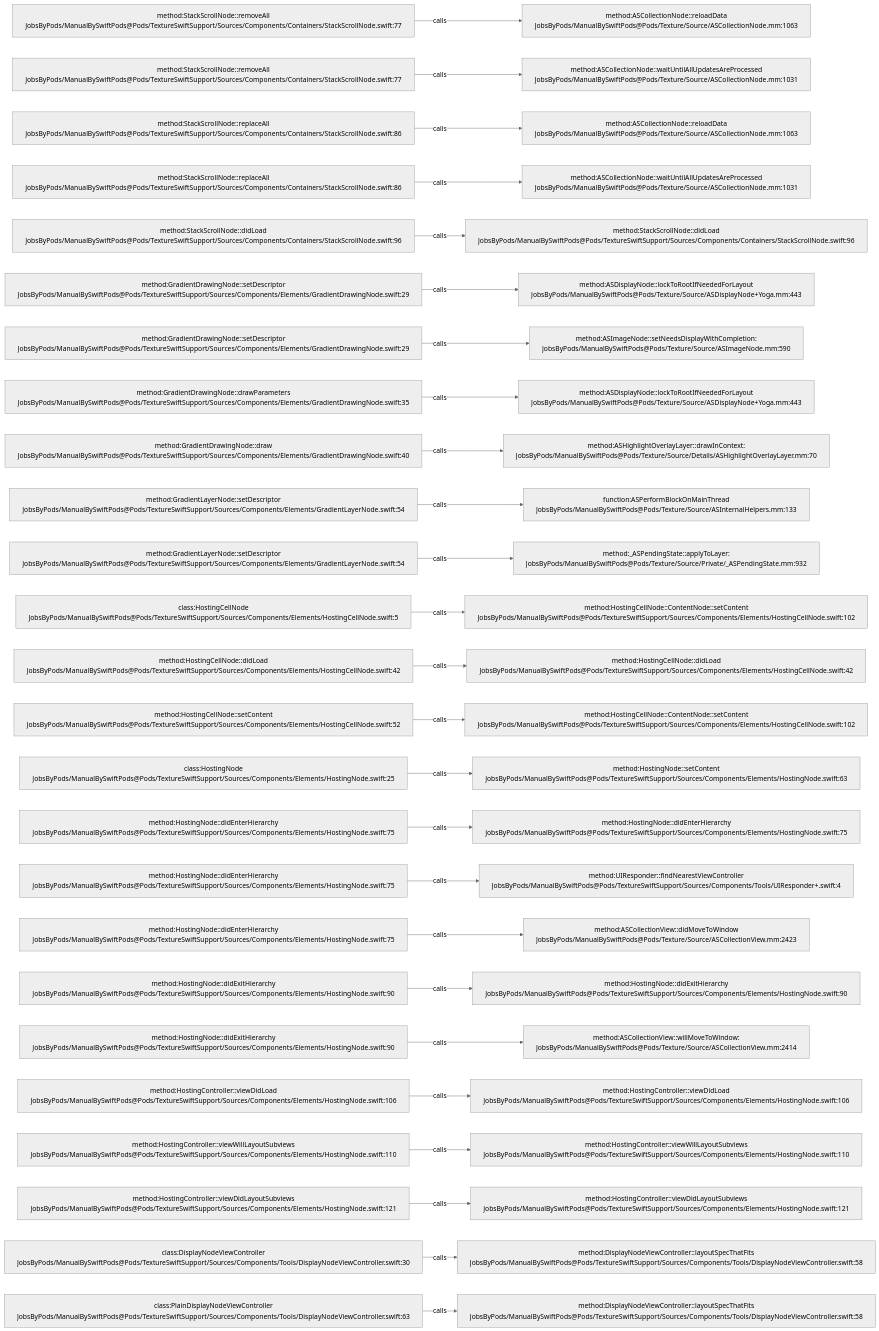
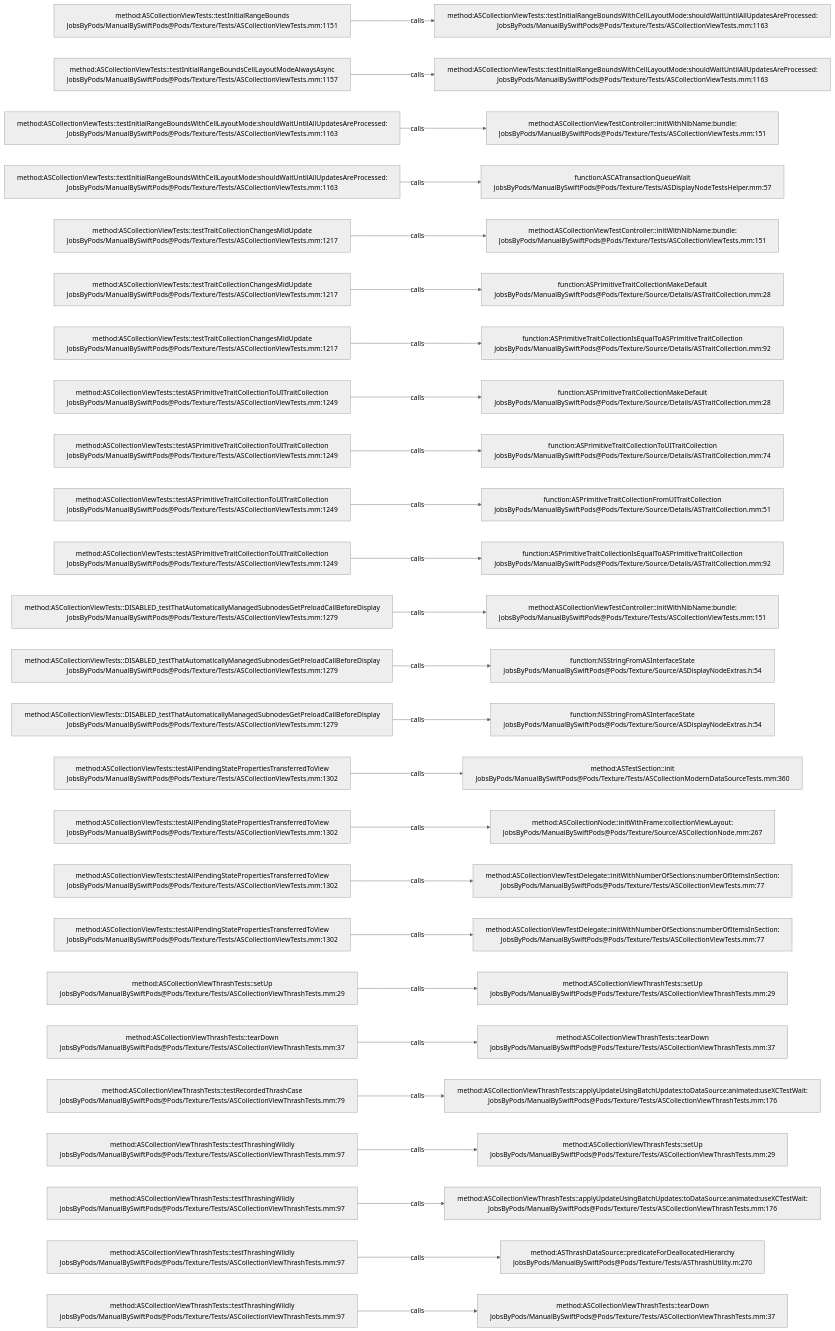
Before and after one commit to JobsKits/JobsSwiftBaseConfigDemo: the diagram in .codegraph/codegraph.md/graphs/calls-174.md, drawn with Mermaid (neutral theme). The commit also changed 832 other files, not shown here.

````diff
--- a/.codegraph/codegraph.md/graphs/calls-174.md
+++ b/.codegraph/codegraph.md/graphs/calls-174.md
@@ -13,78 +13,78 @@
 ```mermaid
 flowchart LR
-  S1["method:StackScrollNode::removeAll<br/>JobsByPods/ManualBySwiftPods@Pods/TextureSwiftSupport/Sources/Components/Containers/StackScrollNode.swift:77"]
-  T1["method:ASCollectionNode::reloadData<br/>JobsByPods/ManualBySwiftPods@Pods/Texture/Source/ASCollectionNode.mm:1063"]
+  S1["method:ASCollectionViewTests::testInitialRangeBounds<br/>JobsByPods/ManualBySwiftPods@Pods/Texture/Tests/ASCollectionViewTests.mm:1151"]
+  T1["method:ASCollectionViewTests::testInitialRangeBoundsWithCellLayoutMode:shouldWaitUntilAllUpdatesAreProcessed:<br/>JobsByPods/ManualBySwiftPods@Pods/Texture/Tests/ASCollectionViewTests.mm:1163"]
   S1 -->|calls| T1
-  S2["method:StackScrollNode::removeAll<br/>JobsByPods/ManualBySwiftPods@Pods/TextureSwiftSupport/Sources/Components/Containers/StackScrollNode.swift:77"]
-  T2["method:ASCollectionNode::waitUntilAllUpdatesAreProcessed<br/>JobsByPods/ManualBySwiftPods@Pods/Texture/Source/ASCollectionNode.mm:1031"]
+  S2["method:ASCollectionViewTests::testInitialRangeBoundsCellLayoutModeAlwaysAsync<br/>JobsByPods/ManualBySwiftPods@Pods/Texture/Tests/ASCollectionViewTests.mm:1157"]
+  T2["method:ASCollectionViewTests::testInitialRangeBoundsWithCellLayoutMode:shouldWaitUntilAllUpdatesAreProcessed:<br/>JobsByPods/ManualBySwiftPods@Pods/Texture/Tests/ASCollectionViewTests.mm:1163"]
   S2 -->|calls| T2
-  S3["method:StackScrollNode::replaceAll<br/>JobsByPods/ManualBySwiftPods@Pods/TextureSwiftSupport/Sources/Components/Containers/StackScrollNode.swift:86"]
-  T3["method:ASCollectionNode::reloadData<br/>JobsByPods/ManualBySwiftPods@Pods/Texture/Source/ASCollectionNode.mm:1063"]
+  S3["method:ASCollectionViewTests::testInitialRangeBoundsWithCellLayoutMode:shouldWaitUntilAllUpdatesAreProcessed:<br/>JobsByPods/ManualBySwiftPods@Pods/Texture/Tests/ASCollectionViewTests.mm:1163"]
+  T3["method:ASCollectionViewTestController::initWithNibName:bundle:<br/>JobsByPods/ManualBySwiftPods@Pods/Texture/Tests/ASCollectionViewTests.mm:151"]
   S3 -->|calls| T3
-  S4["method:StackScrollNode::replaceAll<br/>JobsByPods/ManualBySwiftPods@Pods/TextureSwiftSupport/Sources/Components/Containers/StackScrollNode.swift:86"]
-  T4["method:ASCollectionNode::waitUntilAllUpdatesAreProcessed<br/>JobsByPods/ManualBySwiftPods@Pods/Texture/Source/ASCollectionNode.mm:1031"]
+  S4["method:ASCollectionViewTests::testInitialRangeBoundsWithCellLayoutMode:shouldWaitUntilAllUpdatesAreProcessed:<br/>JobsByPods/ManualBySwiftPods@Pods/Texture/Tests/ASCollectionViewTests.mm:1163"]
+  T4["function:ASCATransactionQueueWait<br/>JobsByPods/ManualBySwiftPods@Pods/Texture/Tests/ASDisplayNodeTestsHelper.mm:57"]
   S4 -->|calls| T4
-  S5["method:StackScrollNode::didLoad<br/>JobsByPods/ManualBySwiftPods@Pods/TextureSwiftSupport/Sources/Components/Containers/StackScrollNode.swift:96"]
-  T5["method:StackScrollNode::didLoad<br/>JobsByPods/ManualBySwiftPods@Pods/TextureSwiftSupport/Sources/Components/Containers/StackScrollNode.swift:96"]
+  S5["method:ASCollectionViewTests::testTraitCollectionChangesMidUpdate<br/>JobsByPods/ManualBySwiftPods@Pods/Texture/Tests/ASCollectionViewTests.mm:1217"]
+  T5["method:ASCollectionViewTestController::initWithNibName:bundle:<br/>JobsByPods/ManualBySwiftPods@Pods/Texture/Tests/ASCollectionViewTests.mm:151"]
   S5 -->|calls| T5
-  S6["method:GradientDrawingNode::setDescriptor<br/>JobsByPods/ManualBySwiftPods@Pods/TextureSwiftSupport/Sources/Components/Elements/GradientDrawingNode.swift:29"]
-  T6["method:ASDisplayNode::lockToRootIfNeededForLayout<br/>JobsByPods/ManualBySwiftPods@Pods/Texture/Source/ASDisplayNode+Yoga.mm:443"]
+  S6["method:ASCollectionViewTests::testTraitCollectionChangesMidUpdate<br/>JobsByPods/ManualBySwiftPods@Pods/Texture/Tests/ASCollectionViewTests.mm:1217"]
+  T6["function:ASPrimitiveTraitCollectionMakeDefault<br/>JobsByPods/ManualBySwiftPods@Pods/Texture/Source/Details/ASTraitCollection.mm:28"]
   S6 -->|calls| T6
-  S7["method:GradientDrawingNode::setDescriptor<br/>JobsByPods/ManualBySwiftPods@Pods/TextureSwiftSupport/Sources/Components/Elements/GradientDrawingNode.swift:29"]
-  T7["method:ASImageNode::setNeedsDisplayWithCompletion:<br/>JobsByPods/ManualBySwiftPods@Pods/Texture/Source/ASImageNode.mm:590"]
+  S7["method:ASCollectionViewTests::testTraitCollectionChangesMidUpdate<br/>JobsByPods/ManualBySwiftPods@Pods/Texture/Tests/ASCollectionViewTests.mm:1217"]
+  T7["function:ASPrimitiveTraitCollectionIsEqualToASPrimitiveTraitCollection<br/>JobsByPods/ManualBySwiftPods@Pods/Texture/Source/Details/ASTraitCollection.mm:92"]
   S7 -->|calls| T7
-  S8["method:GradientDrawingNode::drawParameters<br/>JobsByPods/ManualBySwiftPods@Pods/TextureSwiftSupport/Sources/Components/Elements/GradientDrawingNode.swift:35"]
-  T8["method:ASDisplayNode::lockToRootIfNeededForLayout<br/>JobsByPods/ManualBySwiftPods@Pods/Texture/Source/ASDisplayNode+Yoga.mm:443"]
+  S8["method:ASCollectionViewTests::testASPrimitiveTraitCollectionToUITraitCollection<br/>JobsByPods/ManualBySwiftPods@Pods/Texture/Tests/ASCollectionViewTests.mm:1249"]
+  T8["function:ASPrimitiveTraitCollectionMakeDefault<br/>JobsByPods/ManualBySwiftPods@Pods/Texture/Source/Details/ASTraitCollection.mm:28"]
   S8 -->|calls| T8
-  S9["method:GradientDrawingNode::draw<br/>JobsByPods/ManualBySwiftPods@Pods/TextureSwiftSupport/Sources/Components/Elements/GradientDrawingNode.swift:40"]
-  T9["method:ASHighlightOverlayLayer::drawInContext:<br/>JobsByPods/ManualBySwiftPods@Pods/Texture/Source/Details/ASHighlightOverlayLayer.mm:70"]
+  S9["method:ASCollectionViewTests::testASPrimitiveTraitCollectionToUITraitCollection<br/>JobsByPods/ManualBySwiftPods@Pods/Texture/Tests/ASCollectionViewTests.mm:1249"]
+  T9["function:ASPrimitiveTraitCollectionToUITraitCollection<br/>JobsByPods/ManualBySwiftPods@Pods/Texture/Source/Details/ASTraitCollection.mm:74"]
   S9 -->|calls| T9
-  S10["method:GradientLayerNode::setDescriptor<br/>JobsByPods/ManualBySwiftPods@Pods/TextureSwiftSupport/Sources/Components/Elements/GradientLayerNode.swift:54"]
-  T10["function:ASPerformBlockOnMainThread<br/>JobsByPods/ManualBySwiftPods@Pods/Texture/Source/ASInternalHelpers.mm:133"]
+  S10["method:ASCollectionViewTests::testASPrimitiveTraitCollectionToUITraitCollection<br/>JobsByPods/ManualBySwiftPods@Pods/Texture/Tests/ASCollectionViewTests.mm:1249"]
+  T10["function:ASPrimitiveTraitCollectionFromUITraitCollection<br/>JobsByPods/ManualBySwiftPods@Pods/Texture/Source/Details/ASTraitCollection.mm:51"]
   S10 -->|calls| T10
-  S11["method:GradientLayerNode::setDescriptor<br/>JobsByPods/ManualBySwiftPods@Pods/TextureSwiftSupport/Sources/Components/Elements/GradientLayerNode.swift:54"]
-  T11["method:_ASPendingState::applyToLayer:<br/>JobsByPods/ManualBySwiftPods@Pods/Texture/Source/Private/_ASPendingState.mm:932"]
+  S11["method:ASCollectionViewTests::testASPrimitiveTraitCollectionToUITraitCollection<br/>JobsByPods/ManualBySwiftPods@Pods/Texture/Tests/ASCollectionViewTests.mm:1249"]
+  T11["function:ASPrimitiveTraitCollectionIsEqualToASPrimitiveTraitCollection<br/>JobsByPods/ManualBySwiftPods@Pods/Texture/Source/Details/ASTraitCollection.mm:92"]
   S11 -->|calls| T11
-  S12["class:HostingCellNode<br/>JobsByPods/ManualBySwiftPods@Pods/TextureSwiftSupport/Sources/Components/Elements/HostingCellNode.swift:5"]
-  T12["method:HostingCellNode::ContentNode::setContent<br/>JobsByPods/ManualBySwiftPods@Pods/TextureSwiftSupport/Sources/Components/Elements/HostingCellNode.swift:102"]
+  S12["method:ASCollectionViewTests::DISABLED_testThatAutomaticallyManagedSubnodesGetPreloadCallBeforeDisplay<br/>JobsByPods/ManualBySwiftPods@Pods/Texture/Tests/ASCollectionViewTests.mm:1279"]
+  T12["method:ASCollectionViewTestController::initWithNibName:bundle:<br/>JobsByPods/ManualBySwiftPods@Pods/Texture/Tests/ASCollectionViewTests.mm:151"]
   S12 -->|calls| T12
-  S13["method:HostingCellNode::didLoad<br/>JobsByPods/ManualBySwiftPods@Pods/TextureSwiftSupport/Sources/Components/Elements/HostingCellNode.swift:42"]
-  T13["method:HostingCellNode::didLoad<br/>JobsByPods/ManualBySwiftPods@Pods/TextureSwiftSupport/Sources/Components/Elements/HostingCellNode.swift:42"]
+  S13["method:ASCollectionViewTests::DISABLED_testThatAutomaticallyManagedSubnodesGetPreloadCallBeforeDisplay<br/>JobsByPods/ManualBySwiftPods@Pods/Texture/Tests/ASCollectionViewTests.mm:1279"]
+  T13["function:NSStringFromASInterfaceState<br/>JobsByPods/ManualBySwiftPods@Pods/Texture/Source/ASDisplayNodeExtras.h:54"]
   S13 -->|calls| T13
-  S14["method:HostingCellNode::setContent<br/>JobsByPods/ManualBySwiftPods@Pods/TextureSwiftSupport/Sources/Components/Elements/HostingCellNode.swift:52"]
-  T14["method:HostingCellNode::ContentNode::setContent<br/>JobsByPods/ManualBySwiftPods@Pods/TextureSwiftSupport/Sources/Components/Elements/HostingCellNode.swift:102"]
+  S14["method:ASCollectionViewTests::DISABLED_testThatAutomaticallyManagedSubnodesGetPreloadCallBeforeDisplay<br/>JobsByPods/ManualBySwiftPods@Pods/Texture/Tests/ASCollectionViewTests.mm:1279"]
+  T14["function:NSStringFromASInterfaceState<br/>JobsByPods/ManualBySwiftPods@Pods/Texture/Source/ASDisplayNodeExtras.h:54"]
   S14 -->|calls| T14
-  S15["class:HostingNode<br/>JobsByPods/ManualBySwiftPods@Pods/TextureSwiftSupport/Sources/Components/Elements/HostingNode.swift:25"]
-  T15["method:HostingNode::setContent<br/>JobsByPods/ManualBySwiftPods@Pods/TextureSwiftSupport/Sources/Components/Elements/HostingNode.swift:63"]
+  S15["method:ASCollectionViewTests::testAllPendingStatePropertiesTransferredToView<br/>JobsByPods/ManualBySwiftPods@Pods/Texture/Tests/ASCollectionViewTests.mm:1302"]
+  T15["method:ASTestSection::init<br/>JobsByPods/ManualBySwiftPods@Pods/Texture/Tests/ASCollectionModernDataSourceTests.mm:360"]
   S15 -->|calls| T15
-  S16["method:HostingNode::didEnterHierarchy<br/>JobsByPods/ManualBySwiftPods@Pods/TextureSwiftSupport/Sources/Components/Elements/HostingNode.swift:75"]
-  T16["method:HostingNode::didEnterHierarchy<br/>JobsByPods/ManualBySwiftPods@Pods/TextureSwiftSupport/Sources/Components/Elements/HostingNode.swift:75"]
+  S16["method:ASCollectionViewTests::testAllPendingStatePropertiesTransferredToView<br/>JobsByPods/ManualBySwiftPods@Pods/Texture/Tests/ASCollectionViewTests.mm:1302"]
+  T16["method:ASCollectionNode::initWithFrame:collectionViewLayout:<br/>JobsByPods/ManualBySwiftPods@Pods/Texture/Source/ASCollectionNode.mm:267"]
   S16 -->|calls| T16
-  S17["method:HostingNode::didEnterHierarchy<br/>JobsByPods/ManualBySwiftPods@Pods/TextureSwiftSupport/Sources/Components/Elements/HostingNode.swift:75"]
-  T17["method:UIResponder::findNearestViewController<br/>JobsByPods/ManualBySwiftPods@Pods/TextureSwiftSupport/Sources/Components/Tools/UIResponder+.swift:4"]
+  S17["method:ASCollectionViewTests::testAllPendingStatePropertiesTransferredToView<br/>JobsByPods/ManualBySwiftPods@Pods/Texture/Tests/ASCollectionViewTests.mm:1302"]
+  T17["method:ASCollectionViewTestDelegate::initWithNumberOfSections:numberOfItemsInSection:<br/>JobsByPods/ManualBySwiftPods@Pods/Texture/Tests/ASCollectionViewTests.mm:77"]
   S17 -->|calls| T17
-  S18["method:HostingNode::didEnterHierarchy<br/>JobsByPods/ManualBySwiftPods@Pods/TextureSwiftSupport/Sources/Components/Elements/HostingNode.swift:75"]
-  T18["method:ASCollectionView::didMoveToWindow<br/>JobsByPods/ManualBySwiftPods@Pods/Texture/Source/ASCollectionView.mm:2423"]
+  S18["method:ASCollectionViewTests::testAllPendingStatePropertiesTransferredToView<br/>JobsByPods/ManualBySwiftPods@Pods/Texture/Tests/ASCollectionViewTests.mm:1302"]
+  T18["method:ASCollectionViewTestDelegate::initWithNumberOfSections:numberOfItemsInSection:<br/>JobsByPods/ManualBySwiftPods@Pods/Texture/Tests/ASCollectionViewTests.mm:77"]
   S18 -->|calls| T18
-  S19["method:HostingNode::didExitHierarchy<br/>JobsByPods/ManualBySwiftPods@Pods/TextureSwiftSupport/Sources/Components/Elements/HostingNode.swift:90"]
-  T19["method:HostingNode::didExitHierarchy<br/>JobsByPods/ManualBySwiftPods@Pods/TextureSwiftSupport/Sources/Components/Elements/HostingNode.swift:90"]
+  S19["method:ASCollectionViewThrashTests::setUp<br/>JobsByPods/ManualBySwiftPods@Pods/Texture/Tests/ASCollectionViewThrashTests.mm:29"]
+  T19["method:ASCollectionViewThrashTests::setUp<br/>JobsByPods/ManualBySwiftPods@Pods/Texture/Tests/ASCollectionViewThrashTests.mm:29"]
   S19 -->|calls| T19
-  S20["method:HostingNode::didExitHierarchy<br/>JobsByPods/ManualBySwiftPods@Pods/TextureSwiftSupport/Sources/Components/Elements/HostingNode.swift:90"]
-  T20["method:ASCollectionView::willMoveToWindow:<br/>JobsByPods/ManualBySwiftPods@Pods/Texture/Source/ASCollectionView.mm:2414"]
+  S20["method:ASCollectionViewThrashTests::tearDown<br/>JobsByPods/ManualBySwiftPods@Pods/Texture/Tests/ASCollectionViewThrashTests.mm:37"]
+  T20["method:ASCollectionViewThrashTests::tearDown<br/>JobsByPods/ManualBySwiftPods@Pods/Texture/Tests/ASCollectionViewThrashTests.mm:37"]
   S20 -->|calls| T20
-  S21["method:HostingController::viewDidLoad<br/>JobsByPods/ManualBySwiftPods@Pods/TextureSwiftSupport/Sources/Components/Elements/HostingNode.swift:106"]
-  T21["method:HostingController::viewDidLoad<br/>JobsByPods/ManualBySwiftPods@Pods/TextureSwiftSupport/Sources/Components/Elements/HostingNode.swift:106"]
+  S21["method:ASCollectionViewThrashTests::testRecordedThrashCase<br/>JobsByPods/ManualBySwiftPods@Pods/Texture/Tests/ASCollectionViewThrashTests.mm:79"]
+  T21["method:ASCollectionViewThrashTests::applyUpdateUsingBatchUpdates:toDataSource:animated:useXCTestWait:<br/>JobsByPods/ManualBySwiftPods@Pods/Texture/Tests/ASCollectionViewThrashTests.mm:176"]
   S21 -->|calls| T21
-  S22["method:HostingController::viewWillLayoutSubviews<br/>JobsByPods/ManualBySwiftPods@Pods/TextureSwiftSupport/Sources/Components/Elements/HostingNode.swift:110"]
-  T22["method:HostingController::viewWillLayoutSubviews<br/>JobsByPods/ManualBySwiftPods@Pods/TextureSwiftSupport/Sources/Components/Elements/HostingNode.swift:110"]
+  S22["method:ASCollectionViewThrashTests::testThrashingWildly<br/>JobsByPods/ManualBySwiftPods@Pods/Texture/Tests/ASCollectionViewThrashTests.mm:97"]
+  T22["method:ASCollectionViewThrashTests::setUp<br/>JobsByPods/ManualBySwiftPods@Pods/Texture/Tests/ASCollectionViewThrashTests.mm:29"]
   S22 -->|calls| T22
-  S23["method:HostingController::viewDidLayoutSubviews<br/>JobsByPods/ManualBySwiftPods@Pods/TextureSwiftSupport/Sources/Components/Elements/HostingNode.swift:121"]
-  T23["method:HostingController::viewDidLayoutSubviews<br/>JobsByPods/ManualBySwiftPods@Pods/TextureSwiftSupport/Sources/Components/Elements/HostingNode.swift:121"]
+  S23["method:ASCollectionViewThrashTests::testThrashingWildly<br/>JobsByPods/ManualBySwiftPods@Pods/Texture/Tests/ASCollectionViewThrashTests.mm:97"]
+  T23["method:ASCollectionViewThrashTests::applyUpdateUsingBatchUpdates:toDataSource:animated:useXCTestWait:<br/>JobsByPods/ManualBySwiftPods@Pods/Texture/Tests/ASCollectionViewThrashTests.mm:176"]
   S23 -->|calls| T23
-  S24["class:DisplayNodeViewController<br/>JobsByPods/ManualBySwiftPods@Pods/TextureSwiftSupport/Sources/Components/Tools/DisplayNodeViewController.swift:30"]
-  T24["method:DisplayNodeViewController::layoutSpecThatFits<br/>JobsByPods/ManualBySwiftPods@Pods/TextureSwiftSupport/Sources/Components/Tools/DisplayNodeViewController.swift:58"]
+  S24["method:ASCollectionViewThrashTests::testThrashingWildly<br/>JobsByPods/ManualBySwiftPods@Pods/Texture/Tests/ASCollectionViewThrashTests.mm:97"]
+  T24["method:ASThrashDataSource::predicateForDeallocatedHierarchy<br/>JobsByPods/ManualBySwiftPods@Pods/Texture/Tests/ASThrashUtility.m:270"]
   S24 -->|calls| T24
-  S25["class:PlainDisplayNodeViewController<br/>JobsByPods/ManualBySwiftPods@Pods/TextureSwiftSupport/Sources/Components/Tools/DisplayNodeViewController.swift:63"]
-  T25["method:DisplayNodeViewController::layoutSpecThatFits<br/>JobsByPods/ManualBySwiftPods@Pods/TextureSwiftSupport/Sources/Components/Tools/DisplayNodeViewController.swift:58"]
+  S25["method:ASCollectionViewThrashTests::testThrashingWildly<br/>JobsByPods/ManualBySwiftPods@Pods/Texture/Tests/ASCollectionViewThrashTests.mm:97"]
+  T25["method:ASCollectionViewThrashTests::tearDown<br/>JobsByPods/ManualBySwiftPods@Pods/Texture/Tests/ASCollectionViewThrashTests.mm:37"]
   S25 -->|calls| T25
 ```
````
